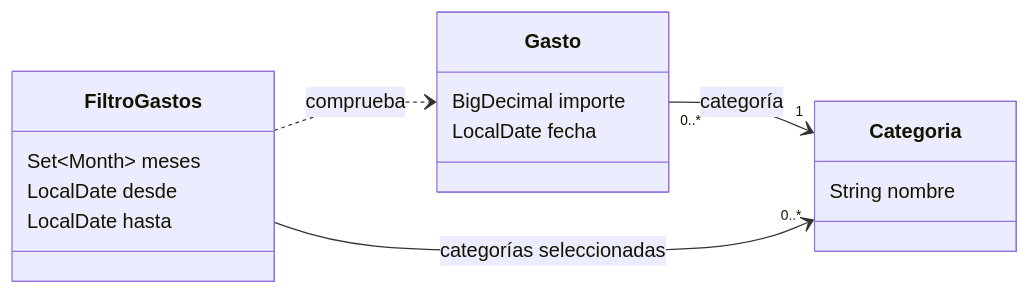
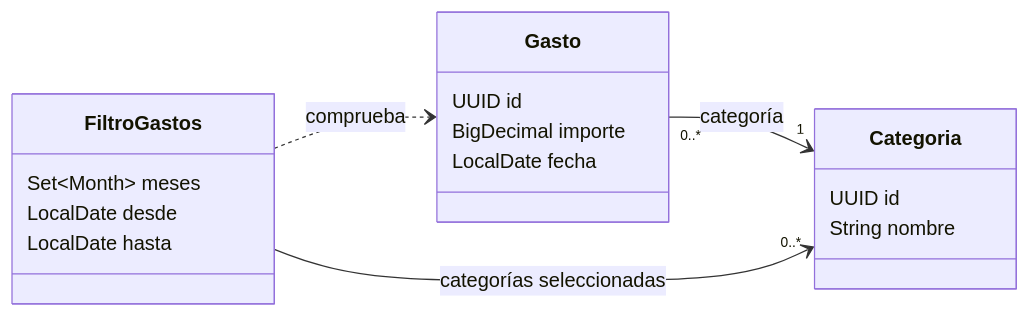
Before and after one commit to mariogabarron/TDS-Mario-Carmen: the first of 3 diagrams in docs/diagramas-gestion-gastos.md, drawn with Mermaid. The commit also changed other lines of this file and 27 other files, not shown here.

````diff
--- a/docs/diagramas-gestion-gastos.md
+++ b/docs/diagramas-gestion-gastos.md
@@ -9,19 +9,21 @@
 ```mermaid
 classDiagram
 direction LR
 class Gasto {
+    UUID id
     BigDecimal importe
     LocalDate fecha
 }
 class Categoria {
+    UUID id
     String nombre
 }
 class FiltroGastos {
     Set~Month~ meses
     LocalDate desde
     LocalDate hasta
 }
 Gasto "0..*" --> "1" Categoria : categoría
 FiltroGastos --> "0..*" Categoria : categorías seleccionadas
 FiltroGastos ..> Gasto : comprueba
 ```
````
